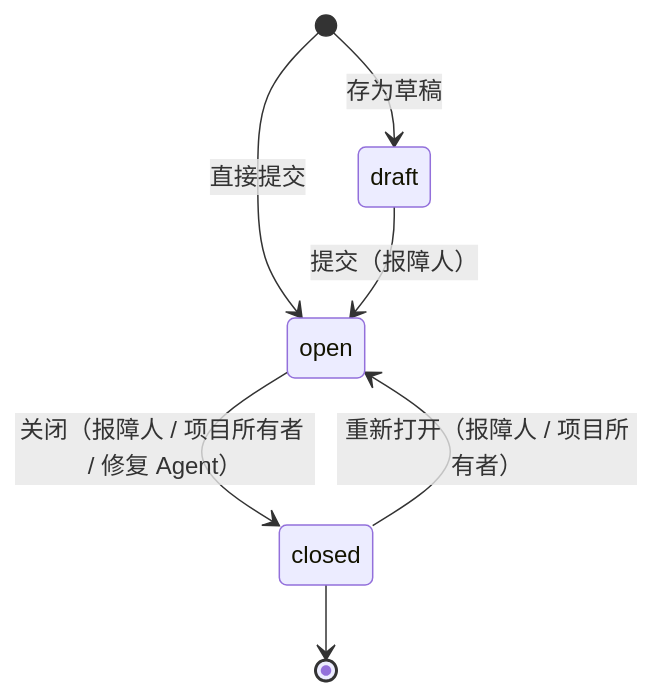
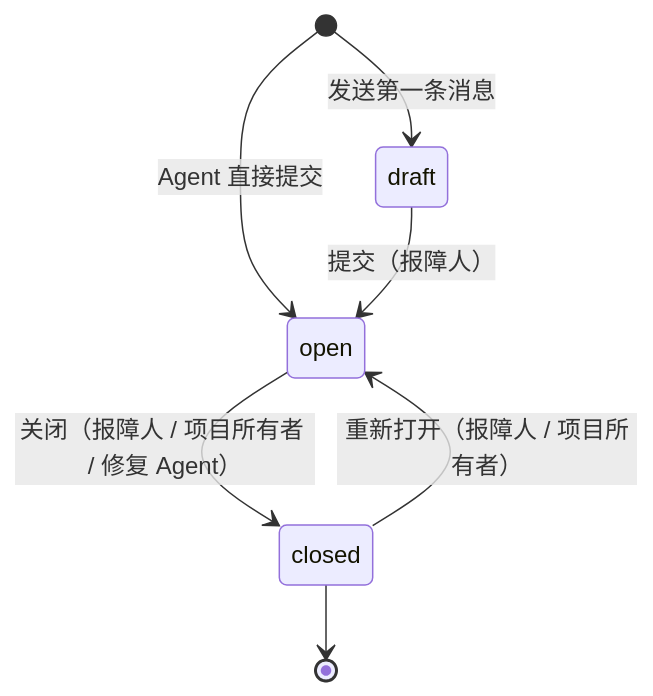
Before and after one commit to zccz14/tickets: the diagram in PRODUCT.md, drawn with Mermaid. The commit also changed other lines of this file and 13 other files, not shown here.

````diff
--- a/PRODUCT.md
+++ b/PRODUCT.md
@@ -32,9 +32,9 @@
 ```mermaid
 stateDiagram-v2
-    [*] --> draft: 存为草稿
-    [*] --> open: 直接提交
+    [*] --> draft: 发送第一条消息
+    [*] --> open: Agent 直接提交
     draft --> open: 提交（报障人）
     open --> closed: 关闭（报障人 / 项目所有者 / 修复 Agent）
     closed --> open: 重新打开（报障人 / 项目所有者）
     closed --> [*]
 ```
````
